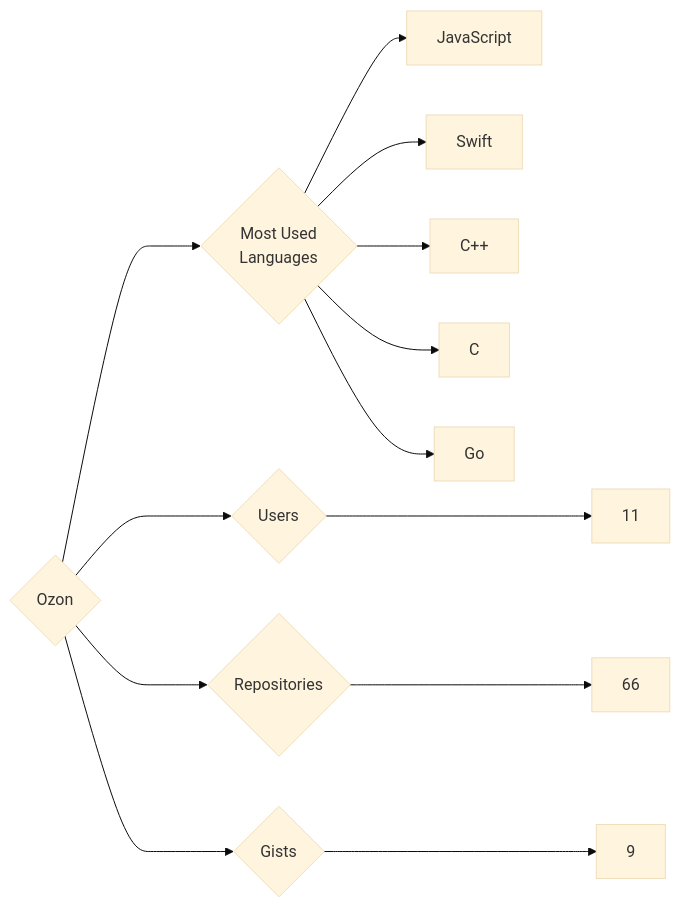
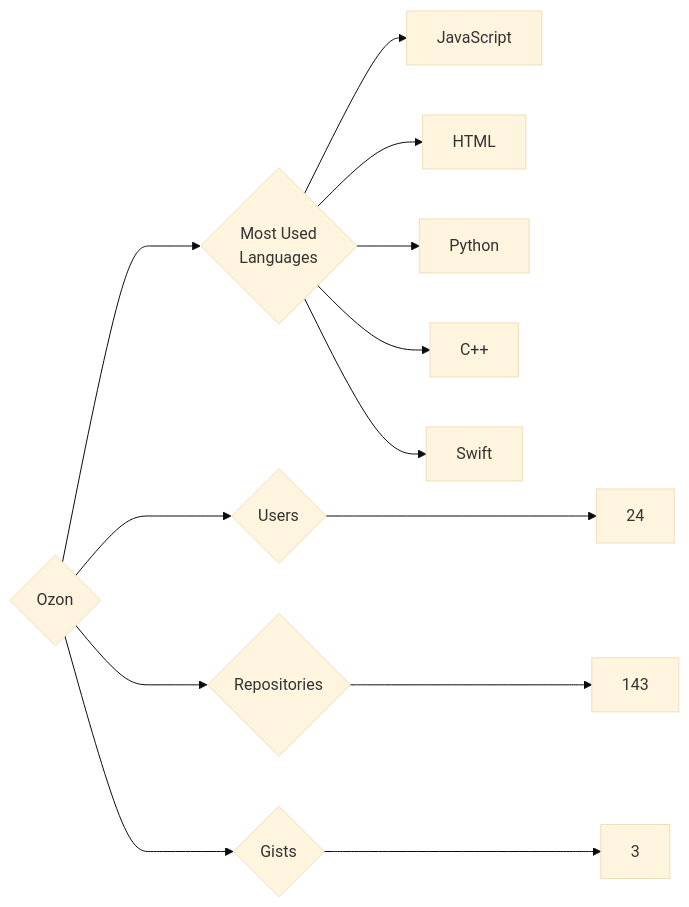
Before and after one commit to trickest/insiders: the diagram in targets/Ozon/README.md, drawn with Mermaid (base theme). The commit also changed 928 other files, not shown here.

````diff
--- a/targets/Ozon/README.md
+++ b/targets/Ozon/README.md
@@ -3,13 +3,13 @@
 ```mermaid
 graph LR
 COMPANY_NAME{Ozon}
-COMPANY_NAME ---> U{Users} ---> UN[11]
-COMPANY_NAME ---> R{Repositories} ---> RN[66]
-COMPANY_NAME ---> G{Gists} ---> GN[9]
+COMPANY_NAME ---> U{Users} ---> UN[24]
+COMPANY_NAME ---> R{Repositories} ---> RN[143]
+COMPANY_NAME ---> G{Gists} ---> GN[3]
 COMPANY_NAME ---> ML{Most Used<br>Languages}
 ML --> JavaScript[JavaScript]
+ML --> HTML[HTML]
+ML --> Python[Python]
+ML --> C++[C++]
 ML --> Swift[Swift]
-ML --> C++[C++]
-ML --> C[C]
-ML --> Go[Go]
 ```
````
